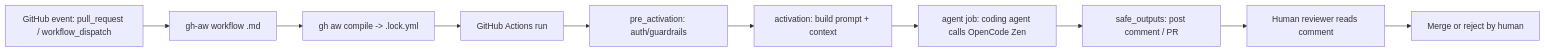
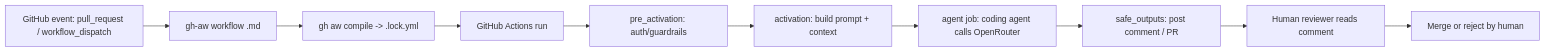
Before and after one commit to lorenzogirardi/fastapi-testapp: the diagram in docs/agentic-workflows/README.md, drawn with Mermaid. The commit also changed other lines of this file and 14 other files, not shown here.

First line of the commit message:
gh-aw: switch LLM provider from OpenCode Zen to OpenRouter

````diff
--- a/docs/agentic-workflows/README.md
+++ b/docs/agentic-workflows/README.md
@@ -64,12 +64,12 @@
 ```mermaid
 flowchart LR
   A[GitHub event: pull_request / workflow_dispatch] --> B[gh-aw workflow .md]
   B --> C[gh aw compile -> .lock.yml]
   C --> D[GitHub Actions run]
   D --> E[pre_activation: auth/guardrails]
   E --> F[activation: build prompt + context]
-  F --> G[agent job: coding agent calls OpenCode Zen]
+  F --> G[agent job: coding agent calls OpenRouter]
   G --> H[safe_outputs: post comment / PR]
   H --> I[Human reviewer reads comment]
   I --> J[Merge or reject by human]
 ```
````
